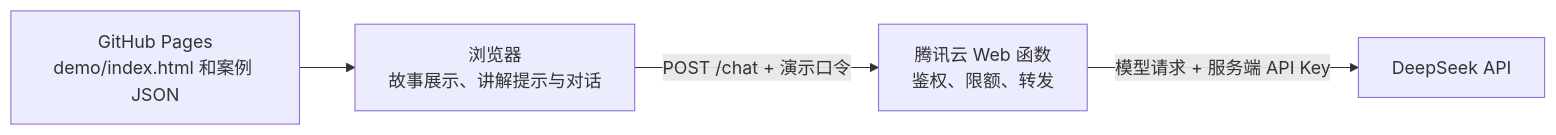
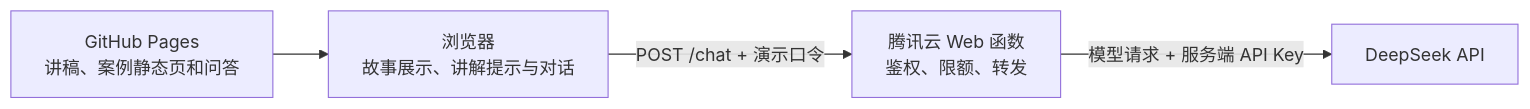
One commit to Nekobenzene/XGpre changed the diagram in docs/architecture.md. Above: the diagram before and after it, drawn with Mermaid. The commit also changed other lines of this file and 96 other files, not shown here.

````diff
--- a/docs/architecture.md
+++ b/docs/architecture.md
@@ -3,6 +3,6 @@
 ```mermaid
 flowchart LR
-    Static["GitHub Pages<br/>demo/index.html 和案例 JSON"] --> Browser["浏览器<br/>故事展示、讲解提示与对话"]
+    Static["GitHub Pages<br/>讲稿、案例静态页和问答"] --> Browser["浏览器<br/>故事展示、讲解提示与对话"]
     Browser -->|"POST /chat + 演示口令"| SCF["腾讯云 Web 函数<br/>鉴权、限额、转发"]
     SCF -->|"模型请求 + 服务端 API Key"| DeepSeek["DeepSeek API"]
 ```
````
